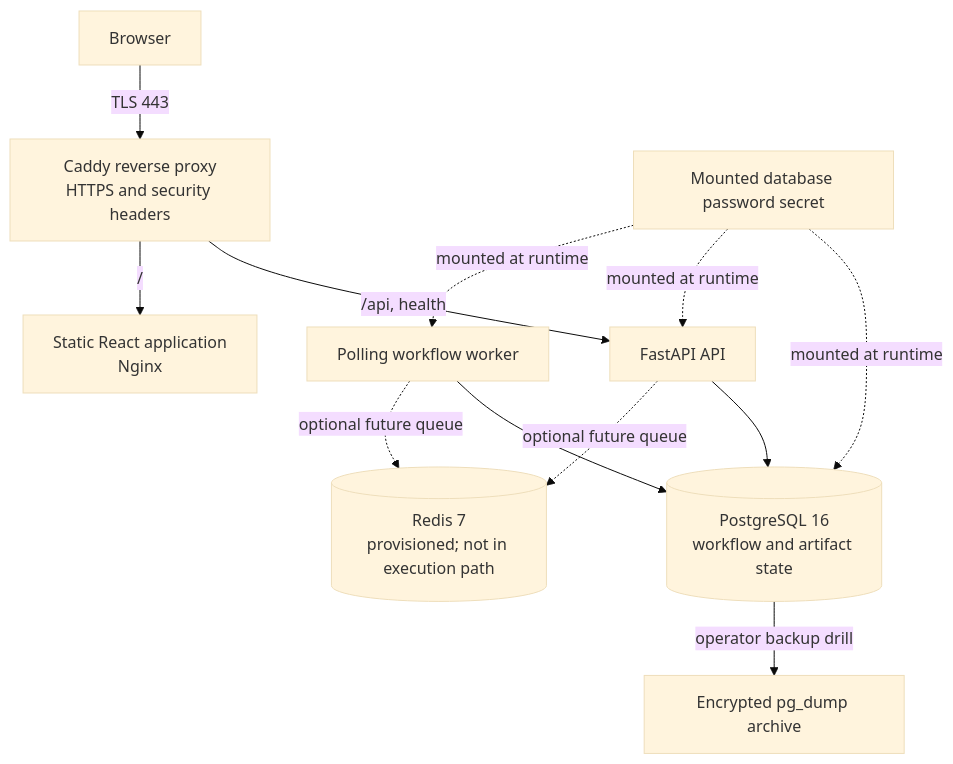
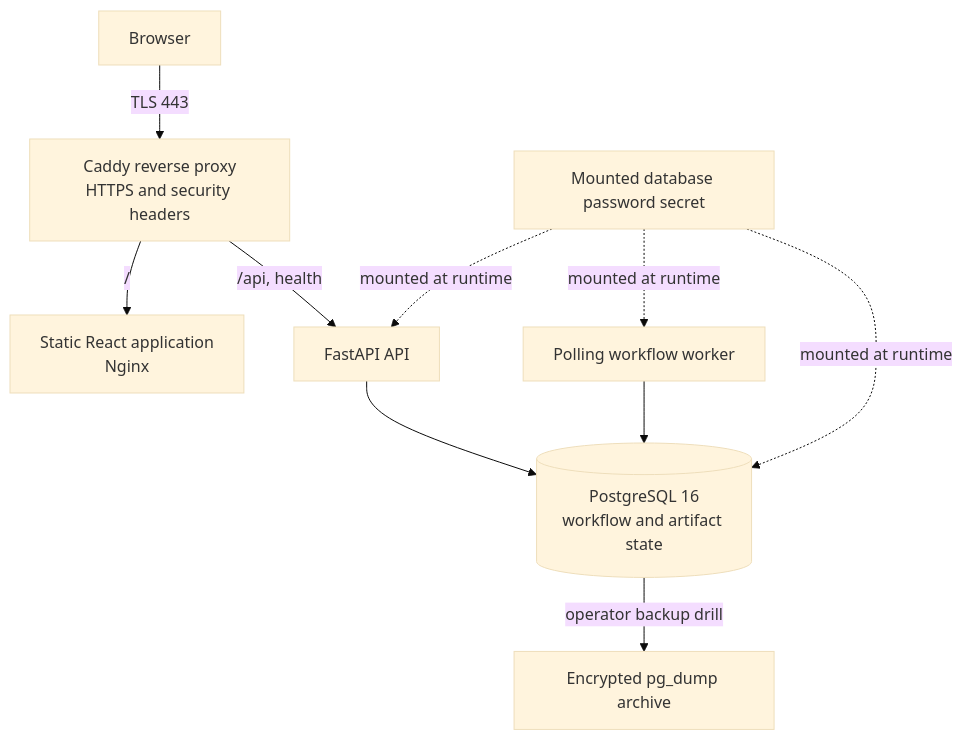
One commit to anshiiii-hub/ORQESTRA changed the diagram in docs/architecture.md. Above: the diagram before and after it, drawn with Mermaid (base theme). The commit also changed other lines of this file and 19 other files, not shown here.

````diff
--- a/docs/architecture.md
+++ b/docs/architecture.md
@@ -3,24 +3,21 @@
 ```mermaid
 flowchart TB
   Browser[Browser]
   Caddy[Caddy reverse proxy\nHTTPS and security headers]
   Web[Static React application\nNginx]
   API[FastAPI API]
   Worker[Polling workflow worker]
   DB[(PostgreSQL 16\nworkflow and artifact state)]
-  Redis[(Redis 7\nprovisioned; not in execution path)]
   Secret[Mounted database password secret]
   Backup[Encrypted pg_dump archive]
 
   Browser -->|TLS 443| Caddy
   Caddy -->|/api, health| API
   Caddy -->|/| Web
   API --> DB
   Worker --> DB
-  API -. optional future queue .-> Redis
-  Worker -. optional future queue .-> Redis
   Secret -. mounted at runtime .-> DB
   Secret -. mounted at runtime .-> API
   Secret -. mounted at runtime .-> Worker
   DB -->|operator backup drill| Backup
 ```
````
